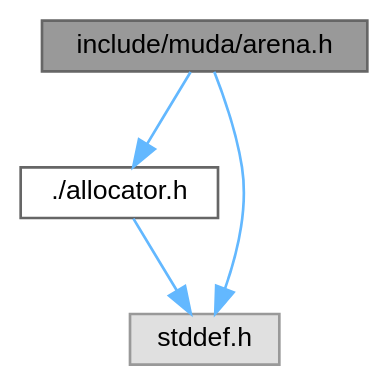
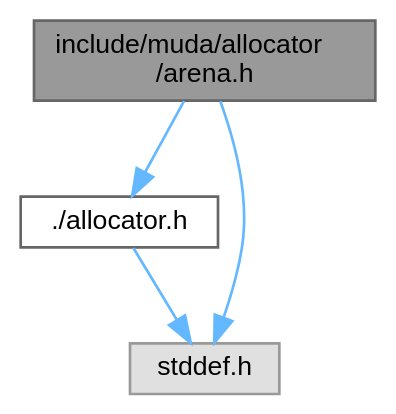
One commit to segfreak/muda changed the diagram in docs/de/d8d/arena_8h__incl.dot. Above: the diagram before and after it, drawn with Graphviz. The commit also changed 122 other files, not shown here.

```diff
--- a/docs/de/d8d/arena_8h__incl.dot
+++ b/docs/de/d8d/arena_8h__incl.dot
@@ -1,13 +1,13 @@
-digraph "include/muda/arena.h"
+digraph "include/muda/allocator/arena.h"
 {
  // LATEX_PDF_SIZE
   bgcolor="transparent";
   edge [fontname=Helvetica,fontsize=10,labelfontname=Helvetica,labelfontsize=10];
   node [fontname=Helvetica,fontsize=10,shape=box,height=0.2,width=0.4];
-  Node1 [id="Node000001",label="include/muda/arena.h",height=0.2,width=0.4,color="gray40", fillcolor="grey60", style="filled", fontcolor="black",tooltip="Arena-style memory allocator."];
+  Node1 [id="Node000001",label="include/muda/allocator\l/arena.h",height=0.2,width=0.4,color="gray40", fillcolor="grey60", style="filled", fontcolor="black",tooltip="Arena-style memory allocator."];
   Node1 -> Node2 [id="edge1_Node000001_Node000002",color="steelblue1",style="solid",tooltip=" "];
   Node2 [id="Node000002",label="./allocator.h",height=0.2,width=0.4,color="grey40", fillcolor="white", style="filled",URL="$da/da9/allocator_8h.html",tooltip="Custom allocator function type definitions for MUDA."];
   Node2 -> Node3 [id="edge2_Node000002_Node000003",color="steelblue1",style="solid",tooltip=" "];
   Node3 [id="Node000003",label="stddef.h",height=0.2,width=0.4,color="grey60", fillcolor="#E0E0E0", style="filled",tooltip=" "];
   Node1 -> Node3 [id="edge3_Node000001_Node000003",color="steelblue1",style="solid",tooltip=" "];
 }
```
